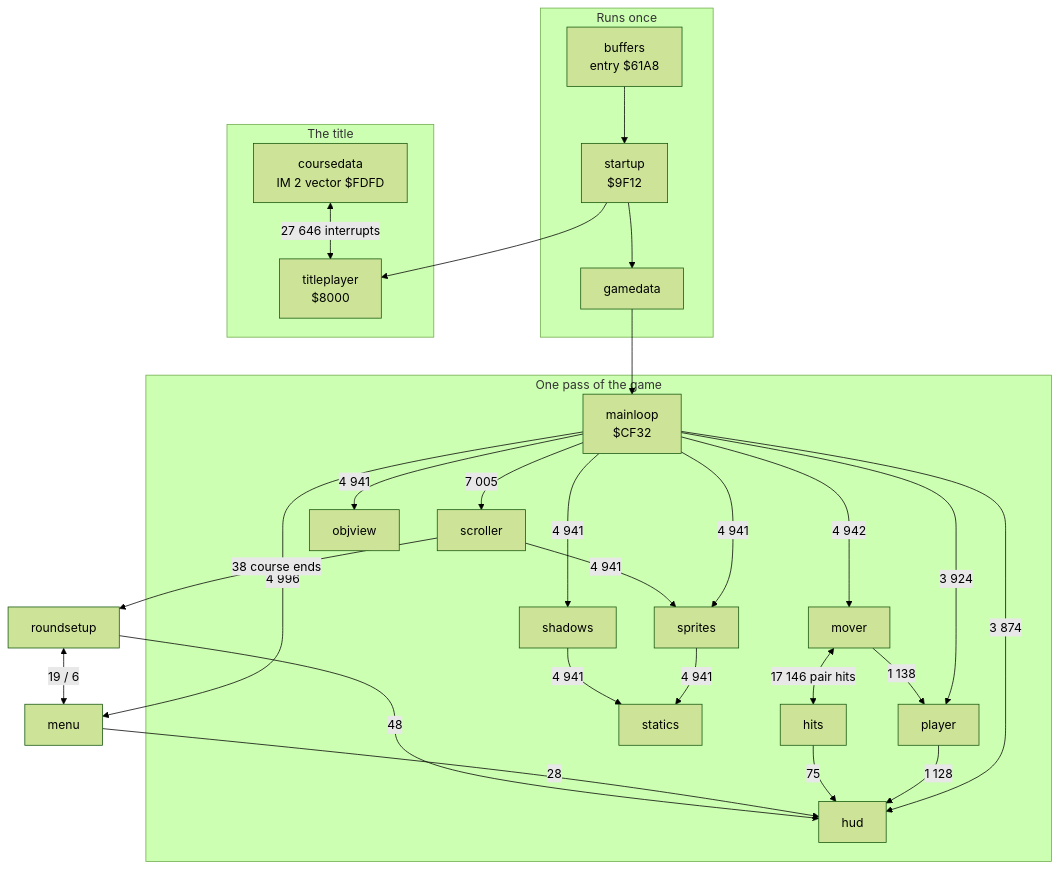
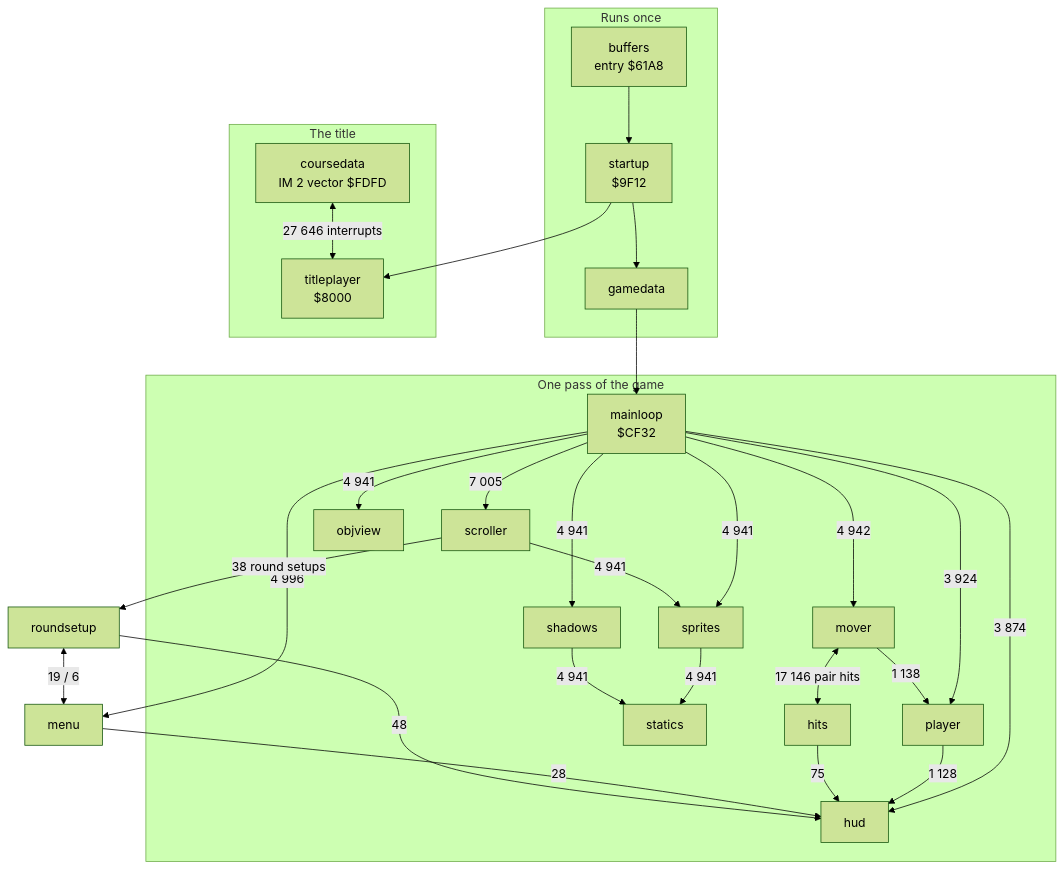
The fourth of 4 diagrams in hate/docs/02-architecture.md (alfishe/unrealng-reverse-cases), drawn with Mermaid (forest theme) before and after one commit. The commit also changed other lines of this file and 16 other files, not shown here.

````diff
--- a/hate/docs/02-architecture.md
+++ b/hate/docs/02-architecture.md
@@ -300,36 +300,36 @@
 ```mermaid
 flowchart TB
     subgraph Once["Runs once"]
         buffers["buffers<br/>entry $61A8"] --> startup["startup<br/>$9F12"]
         startup --> gamedata["gamedata"]
     end
     subgraph Title["The title"]
         titleplayer["titleplayer<br/>$8000"]
         coursedata["coursedata<br/>IM 2 vector $FDFD"]
         coursedata <-->|"27 646 interrupts"| titleplayer
     end
     startup --> titleplayer
     gamedata --> mainloop
     subgraph Pass["One pass of the game"]
         mainloop["mainloop<br/>$CF32"]
         mainloop -->|7 005| scroller
         mainloop -->|4 942| mover
         mainloop -->|3 924| player
         mainloop -->|4 941| objview
         mainloop -->|3 874| hud
         mainloop -->|4 941| sprites
         mainloop -->|4 941| shadows
         scroller -->|4 941| sprites
         sprites -->|4 941| statics
         shadows -->|4 941| statics
         mover <-->|"17 146 pair hits"| hits
         mover -->|1 138| player
         player -->|1 128| hud
         hits -->|75| hud
     end
     mainloop -->|4 996| menu
     menu -->|28| hud
-    scroller -->|"38 course ends"| roundsetup
+    scroller -->|"38 round setups"| roundsetup
     roundsetup -->|48| hud
     roundsetup <-->|19 / 6| menu
 ```
````
